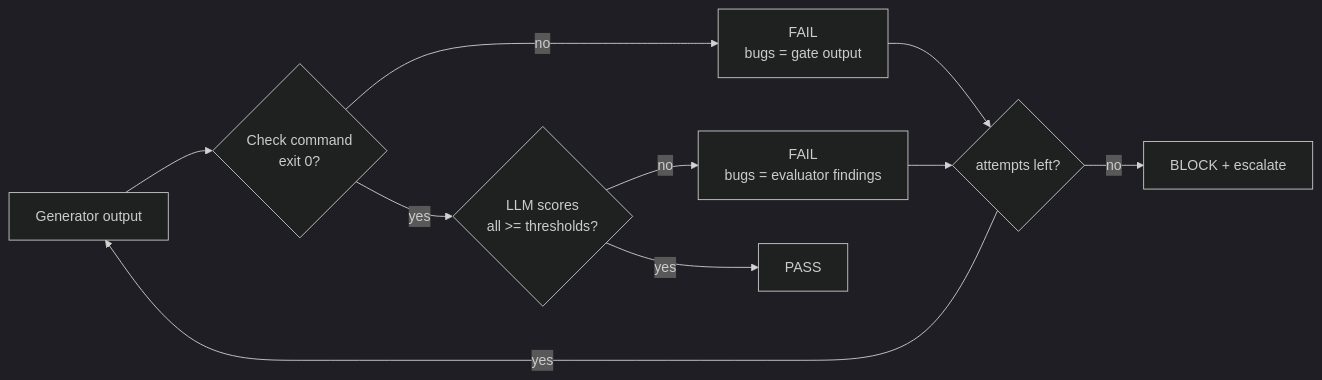
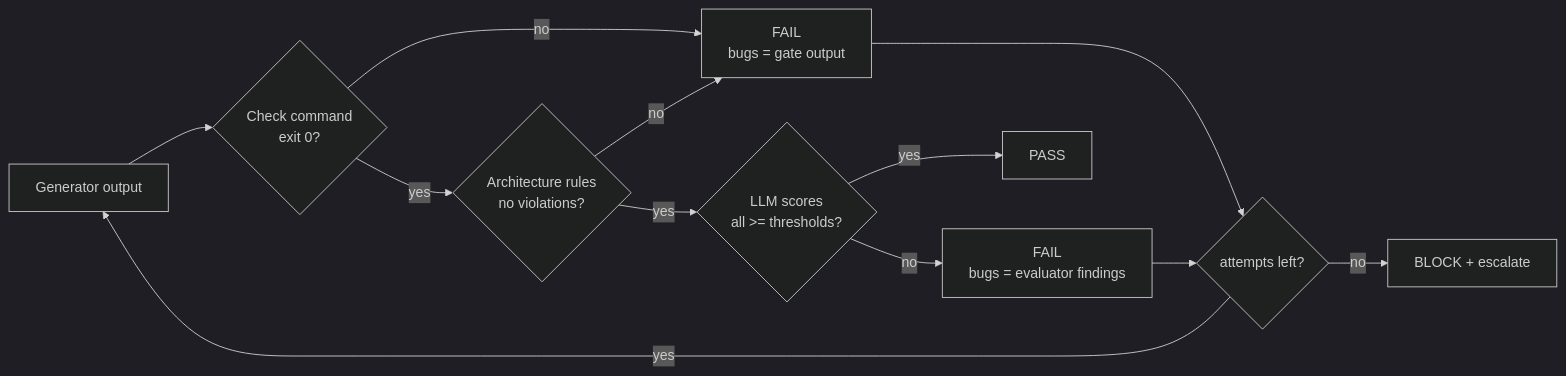
One commit to anandnarayanan2017/ai-assisted-sdlc changed the fourth of 9 diagrams in docs/architecture.md. Above: the diagram before and after it, drawn with Mermaid (dark theme). The commit also changed other lines of this file and 14 other files, not shown here.

First line of the commit message:
Add architecture-rules check, Docker CI, pinned images and /sdlc skill (#3)

````diff
--- a/docs/architecture.md
+++ b/docs/architecture.md
@@ -129,12 +129,14 @@
 ```mermaid
 flowchart LR
     A[Generator output] --> B{Check command<br/>exit 0?}
     B -- no --> F[FAIL<br/>bugs = gate output]
-    B -- yes --> C{LLM scores<br/>all >= thresholds?}
+    B -- yes --> AR{Architecture rules<br/>no violations?}
+    AR -- no --> F
+    AR -- yes --> C{LLM scores<br/>all >= thresholds?}
     C -- no --> G[FAIL<br/>bugs = evaluator findings]
     C -- yes --> D[PASS]
     F --> R{attempts left?}
     G --> R
     R -- yes --> A
     R -- no --> X[BLOCK + escalate]
 ```
````
